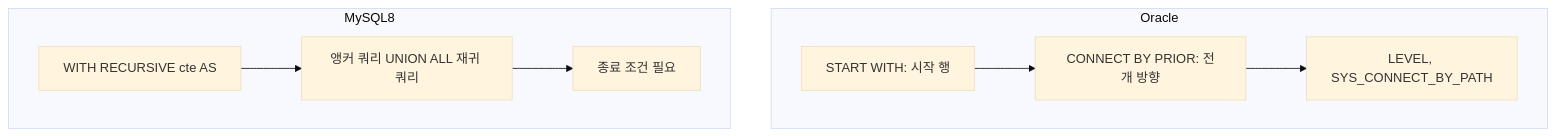
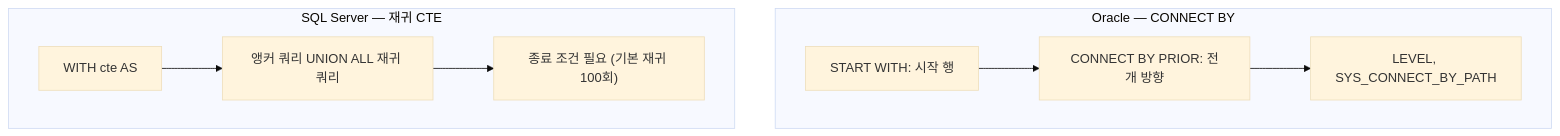
The fourth of 4 diagrams in _posts/sql/2026-08-07-sql-oracle-sql-server.md (sungjin-dev/sungjin-dev.github.io), drawn with Mermaid (base theme) before and after one commit. The commit also changed other lines of this file, not shown here.

````diff
--- a/_posts/sql/2026-08-07-sql-oracle-sql-server.md
+++ b/_posts/sql/2026-08-07-sql-oracle-sql-server.md
@@ -603,11 +759,11 @@
 ```mermaid
 flowchart TD
-    subgraph Oracle
+    subgraph Oracle["Oracle — CONNECT BY"]
         O1["START WITH: 시작 행"] --> O2["CONNECT BY PRIOR: 전개 방향"]
         O2 --> O3["LEVEL, SYS_CONNECT_BY_PATH"]
     end
-    subgraph MySQL8
-        M1["WITH RECURSIVE cte AS"] --> M2["앵커 쿼리 UNION ALL 재귀 쿼리"]
-        M2 --> M3["종료 조건 필요"]
+    subgraph MSSQL["SQL Server — 재귀 CTE"]
+        M1["WITH cte AS"] --> M2["앵커 쿼리 UNION ALL 재귀 쿼리"]
+        M2 --> M3["종료 조건 필요 (기본 재귀 100회)"]
     end
 ```
````
